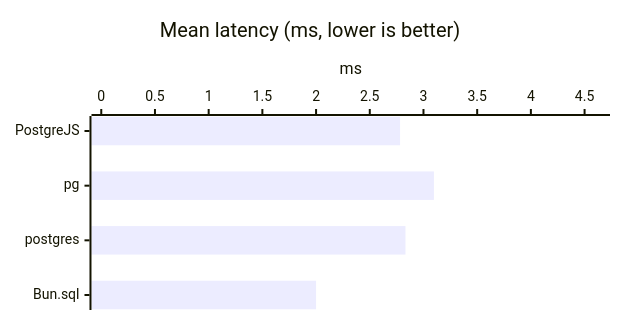
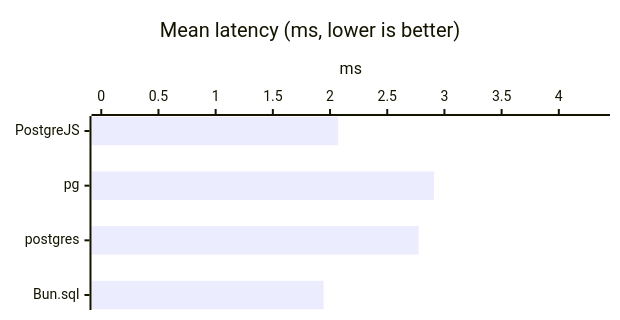
Before and after one commit to panates/postgrejs: the tenth of 47 diagrams in doc/BENCHMARKS-bun.md, drawn with Mermaid. The commit also changed other lines of this file and 1 other file, not shown here.

````diff
--- a/doc/BENCHMARKS-bun.md
+++ b/doc/BENCHMARKS-bun.md
@@ -266,8 +281,8 @@
 ```mermaid
 %%{init: {'xyChart': {'width': 600, 'height': 300, 'chartOrientation': 'horizontal'}}}%%
 xychart-beta
     title "Mean latency (ms, lower is better)"
     x-axis ["PostgreJS", "pg", "postgres", "Bun.sql"]
-    y-axis "ms" 0.0000 --> 4.6456
-    bar [2.7819, 3.0971, 2.8325, 2.0001]
+    y-axis "ms" 0.0000 --> 4.3620
+    bar [2.0716, 2.9080, 2.7739, 1.9434]
 ```
````
